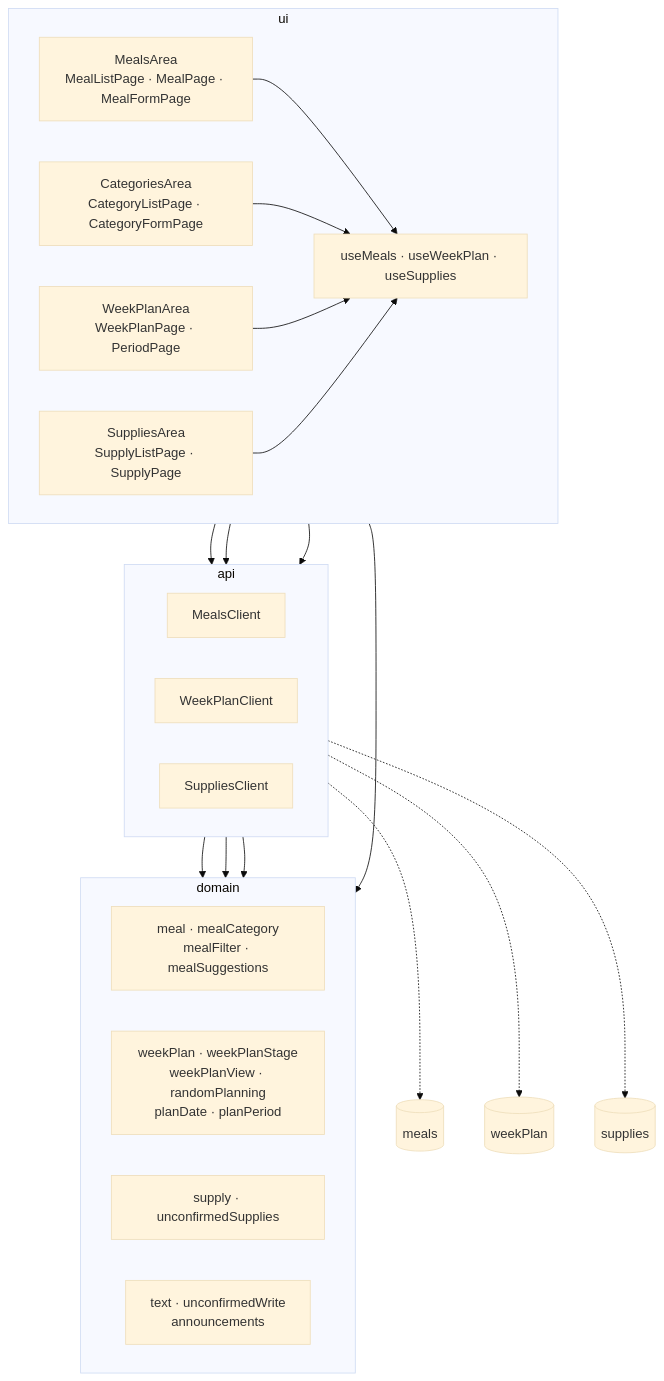
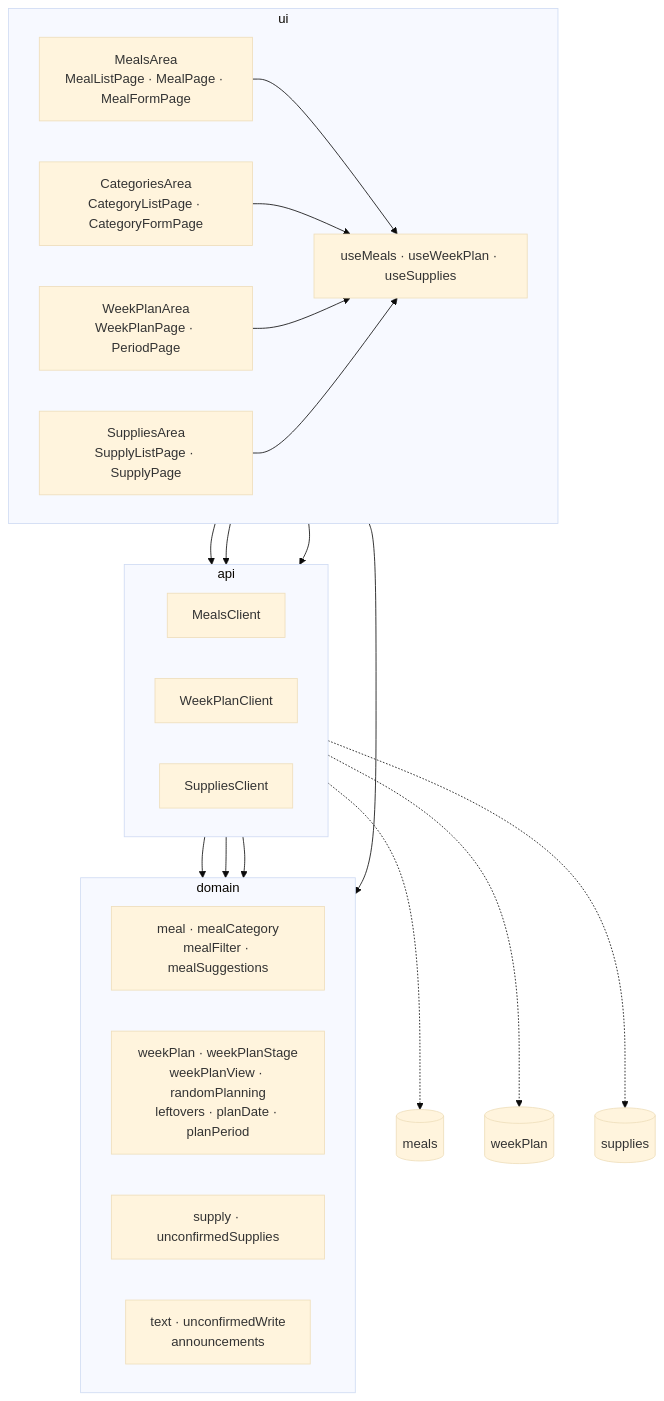
Before and after one commit to burnyWes/Mahlzeiten-Planer: the fourth of 5 diagrams in docs/architektur/05-bausteinsicht.md, drawn with Mermaid (base theme). The commit also changed 39 other files, not shown here.

````diff
--- a/docs/architektur/05-bausteinsicht.md
+++ b/docs/architektur/05-bausteinsicht.md
@@ -155,42 +155,42 @@
 ```mermaid
 flowchart TB
     subgraph ui["ui"]
         direction LR
         mealsArea["MealsArea<br/>MealListPage · MealPage · MealFormPage"]
         categoriesArea["CategoriesArea<br/>CategoryListPage · CategoryFormPage"]
         weekPlanArea["WeekPlanArea<br/>WeekPlanPage · PeriodPage"]
         suppliesArea["SuppliesArea<br/>SupplyListPage · SupplyPage"]
         hooks["useMeals · useWeekPlan · useSupplies"]
     end
 
     subgraph api["api"]
         direction LR
         mealsClient["MealsClient"]
         weekPlanClient["WeekPlanClient"]
         suppliesClient["SuppliesClient"]
     end
 
     subgraph domain["domain"]
         direction LR
         meal["meal · mealCategory<br/>mealFilter · mealSuggestions"]
-        weekPlan["weekPlan · weekPlanStage<br/>weekPlanView · randomPlanning<br/>planDate · planPeriod"]
+        weekPlan["weekPlan · weekPlanStage<br/>weekPlanView · randomPlanning<br/>leftovers · planDate · planPeriod"]
         supply["supply · unconfirmedSupplies"]
         support["text · unconfirmedWrite<br/>announcements"]
     end
 
     mealsArea --> hooks
     categoriesArea --> hooks
     weekPlanArea --> hooks
     suppliesArea --> hooks
     hooks --> mealsClient
     hooks --> weekPlanClient
     hooks --> suppliesClient
     hooks --> domain
     mealsClient --> meal
     weekPlanClient --> weekPlan
     suppliesClient --> supply
 
     mealsClient -.-> meals[("meals")]
     weekPlanClient -.-> weekPlanDocs[("weekPlan")]
     suppliesClient -.-> supplies[("supplies")]
 ```
````
